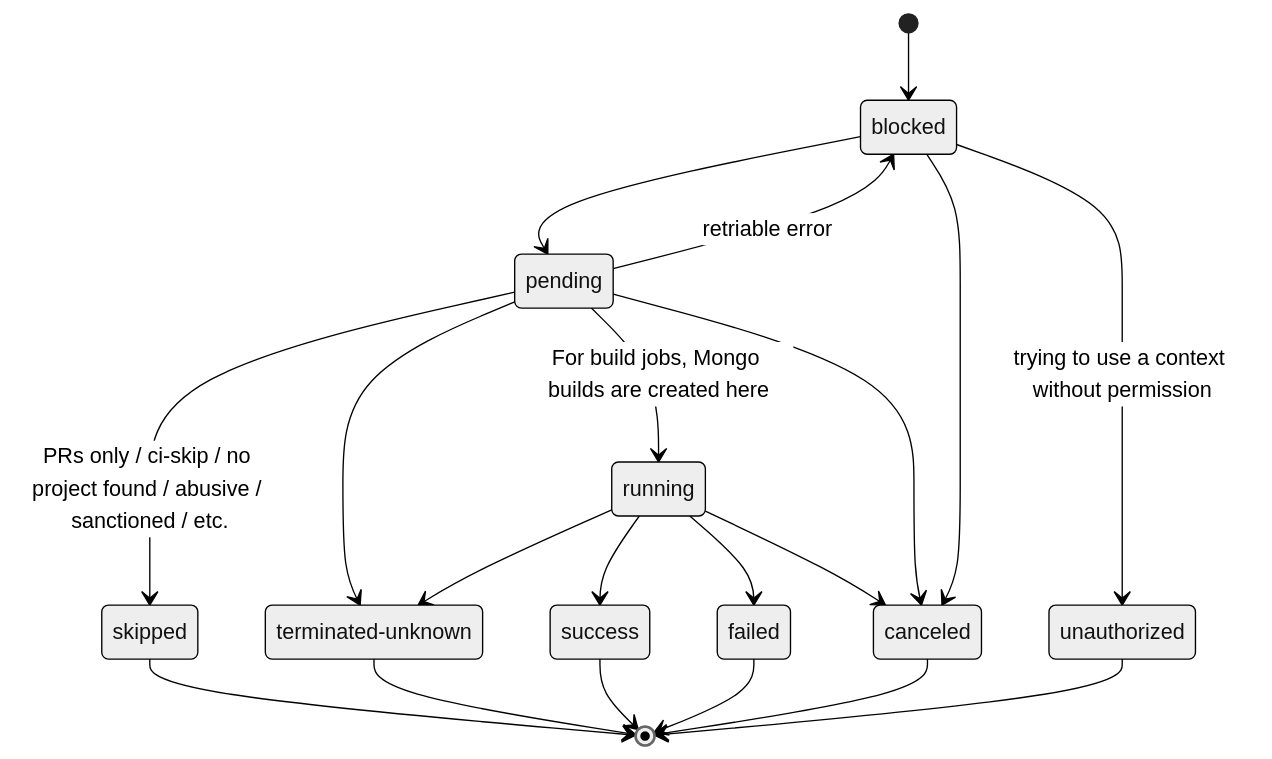
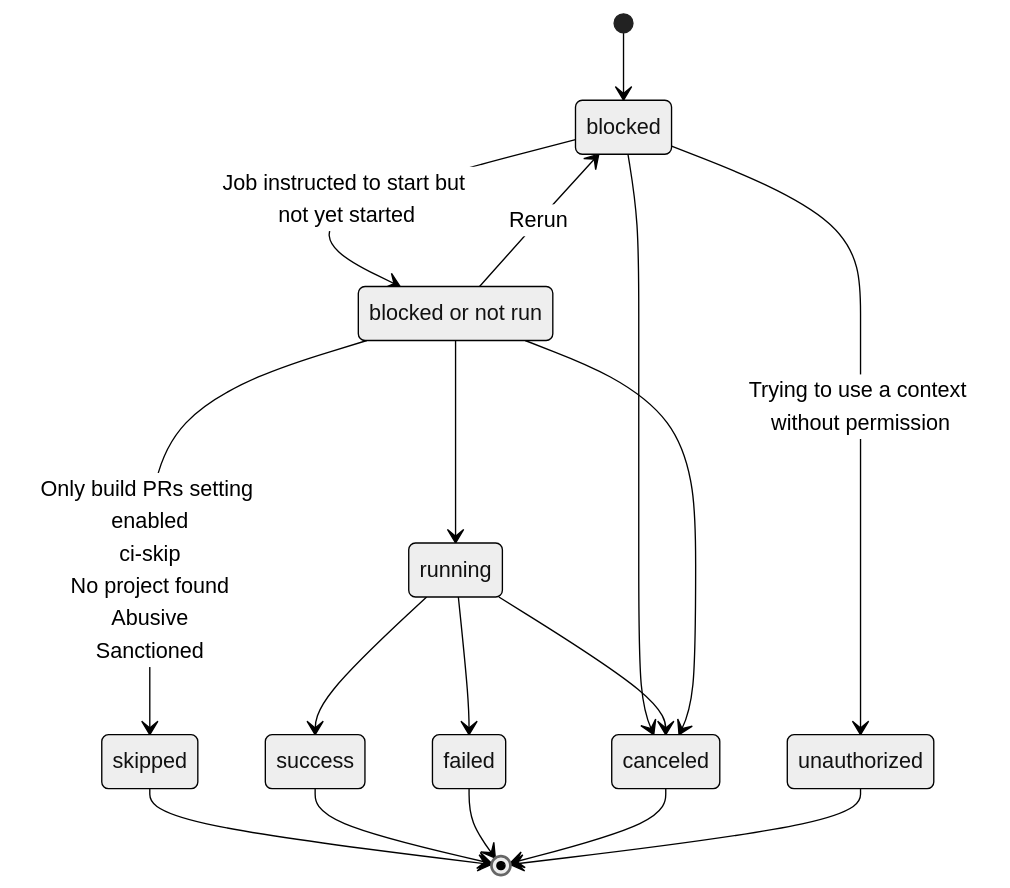
Before and after one commit to circleci/circleci-docs: the diagram in docs/guides/modules/orchestrate/pages/jobs-steps.adoc, drawn with Mermaid (neutral theme). The commit also changed other lines of this file, not shown here.

Commit message:
add job state table and fix up diagram

```diff
--- a/docs/guides/modules/orchestrate/pages/jobs-steps.adoc
+++ b/docs/guides/modules/orchestrate/pages/jobs-steps.adoc
@@ -77,33 +79,31 @@
 [mermaid]
 ----
 stateDiagram-v2
+    direction TB
     [*] --> blocked
 
-    blocked --> pending
-    blocked --> unauthorized : trying to use a context without permission
+    state "blocked or not run" as pending
+    blocked --> pending : Job instructed to start but not yet started
+    blocked --> unauthorized : Trying to use a context without permission
+    blocked --> canceled
 
-    pending --> running: For build jobs, Mongo builds are created here
+    pending --> running
 
-    pending --> skipped : PRs only / ci-skip / no project found / abusive / sanctioned / etc.
-    pending --> blocked : retriable error
-    pending --> terminated
+    pending --> skipped : Only build PRs setting enabled<br/>ci-skip<br/>No project found<br/>Abusive<br/>Sanctioned
+    pending --> blocked : Rerun
 
     running --> canceled
     pending --> canceled
-    blocked --> canceled
+
 
 
     running --> failed
     running --> success
-    running --> terminated
-
-    state "terminated-unknown" as terminated
 
     skipped --> [*]
-    terminated --> [*]
     success --> [*]
     failed --> [*]
     canceled --> [*]
     unauthorized --> [*]
 
 ----
```
